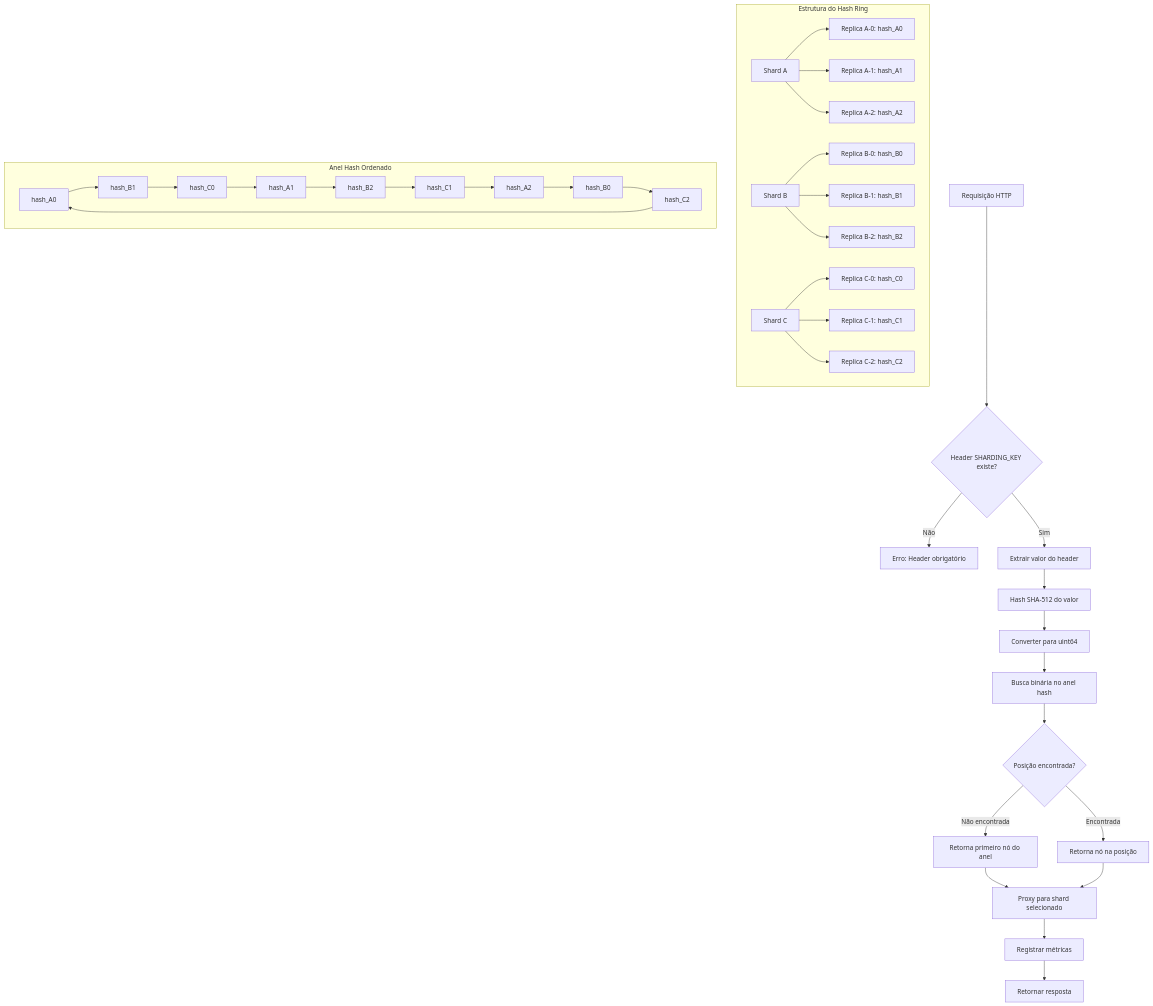
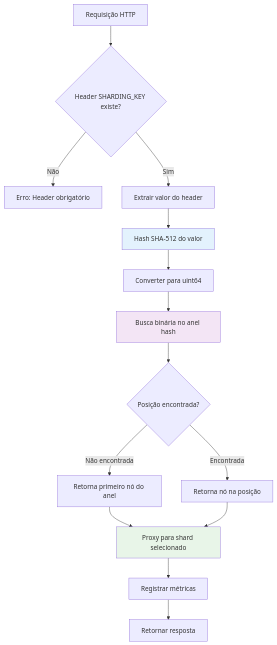
The second of 6 diagrams in README.md (msfidelis/msc-shard-router), drawn with Mermaid before and after one commit. The commit also changed other lines of this file, not shown here.

Commit message:
Shard Key

````diff
--- a/README.md
+++ b/README.md
@@ -140,46 +97,24 @@
 ```mermaid
 graph TD
     A[Requisição HTTP] --> B{Header SHARDING_KEY existe?}
     B -->|Não| C[Erro: Header obrigatório]
     B -->|Sim| D[Extrair valor do header]
     
     D --> E[Hash SHA-512 do valor]
     E --> F[Converter para uint64]
     F --> G[Busca binária no anel hash]
     
     G --> H{Posição encontrada?}
     H -->|Não encontrada| I[Retorna primeiro nó do anel]
     H -->|Encontrada| J[Retorna nó na posição]
     
     I --> K[Proxy para shard selecionado]
     J --> K
     
     K --> L[Registrar métricas]
     L --> M[Retornar resposta]
-
-    subgraph "Estrutura do Hash Ring"
-        N[Shard A] --> N1[Replica A-0: hash_A0]
-        N --> N2[Replica A-1: hash_A1]
-        N --> N3[Replica A-2: hash_A2]
-        
-        O[Shard B] --> O1[Replica B-0: hash_B0]
-        O --> O2[Replica B-1: hash_B1]
-        O --> O3[Replica B-2: hash_B2]
-        
-        P[Shard C] --> P1[Replica C-0: hash_C0]
-        P --> P2[Replica C-1: hash_C1]
-        P --> P3[Replica C-2: hash_C2]
-    end
-
-    subgraph "Anel Hash Ordenado"
-        Q[hash_A0] --> R[hash_B1]
-        R --> S[hash_C0]
-        S --> T[hash_A1]
-        T --> U[hash_B2]
-        U --> V[hash_C1]
-        V --> W[hash_A2]
-        W --> X[hash_B0]
-        X --> Y[hash_C2]
-        Y --> Q
-    end
+    
+    style E fill:#e3f2fd
+    style G fill:#f3e5f5
+    style K fill:#e8f5e8
 ```
````
